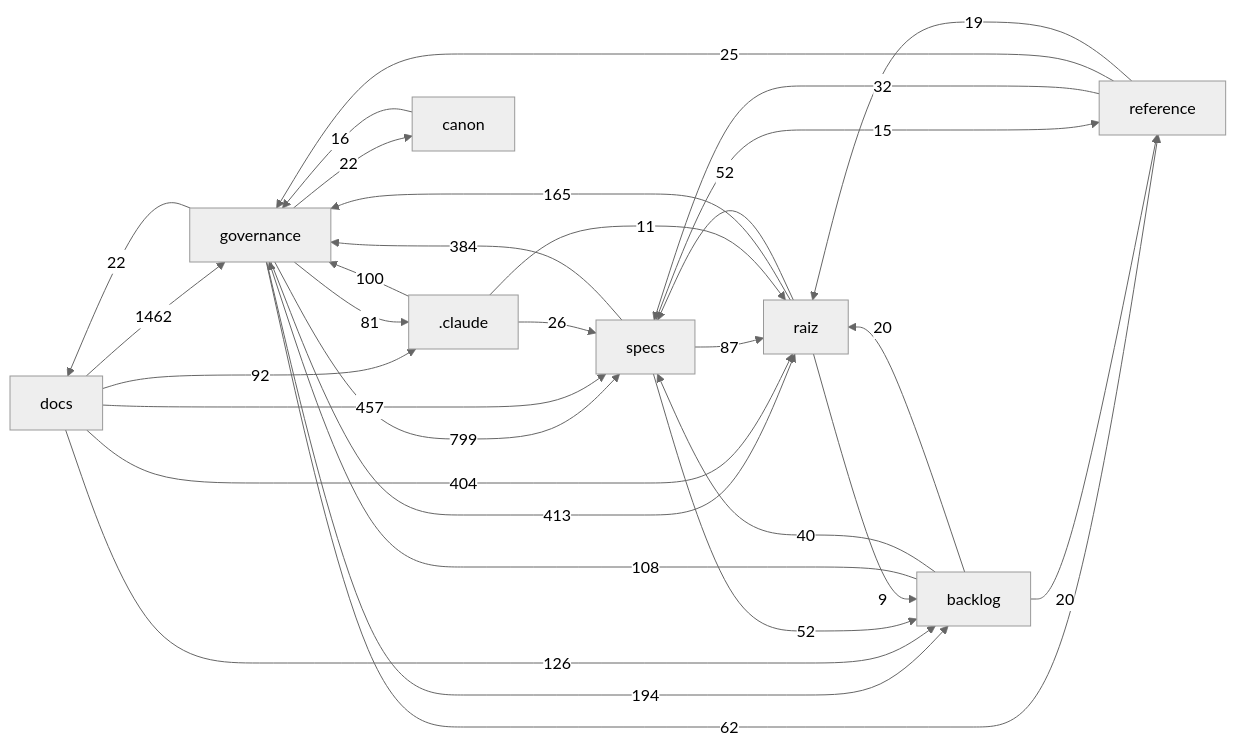
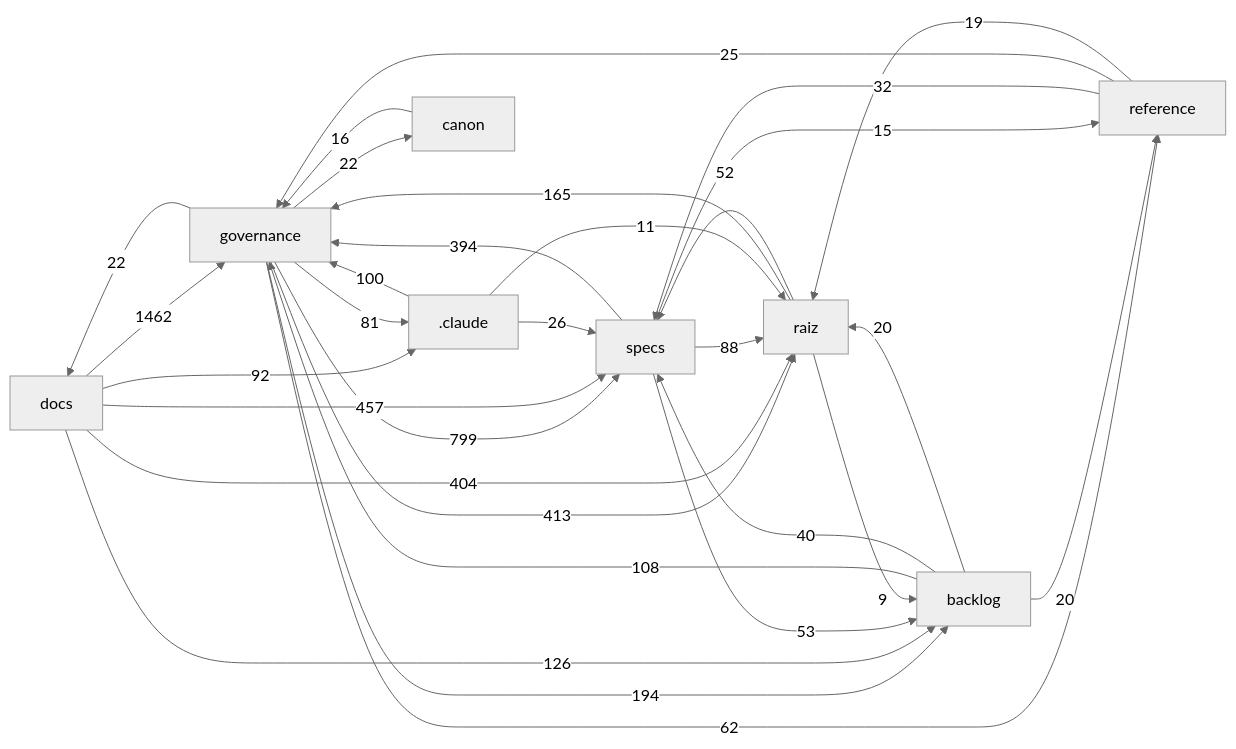
One commit to Andraus35/Sistema-Operacional-de-Trading--SOT changed the diagram in docs/mapa/MAPA-PROJETO.md. Above: the diagram before and after it, drawn with Mermaid (neutral theme). The commit also changed other lines of this file and 2 other files, not shown here.

````diff
--- a/docs/mapa/MAPA-PROJETO.md
+++ b/docs/mapa/MAPA-PROJETO.md
@@ -29,33 +29,33 @@
 ```mermaid
 flowchart LR
   docs["docs"] -->|1462| governance["governance"]
   governance["governance"] -->|799| specs["specs"]
   docs["docs"] -->|457| specs["specs"]
   governance["governance"] -->|413| raiz["raiz"]
   docs["docs"] -->|404| raiz["raiz"]
-  specs["specs"] -->|384| governance["governance"]
+  specs["specs"] -->|394| governance["governance"]
   governance["governance"] -->|194| backlog["backlog"]
   raiz["raiz"] -->|165| governance["governance"]
   docs["docs"] -->|126| backlog["backlog"]
   backlog["backlog"] -->|108| governance["governance"]
   _claude[".claude"] -->|100| governance["governance"]
   docs["docs"] -->|92| _claude[".claude"]
-  specs["specs"] -->|87| raiz["raiz"]
+  specs["specs"] -->|88| raiz["raiz"]
   governance["governance"] -->|81| _claude[".claude"]
   governance["governance"] -->|62| reference["reference"]
+  specs["specs"] -->|53| backlog["backlog"]
   raiz["raiz"] -->|52| specs["specs"]
-  specs["specs"] -->|52| backlog["backlog"]
   backlog["backlog"] -->|40| specs["specs"]
   reference["reference"] -->|32| specs["specs"]
   _claude[".claude"] -->|26| specs["specs"]
   reference["reference"] -->|25| governance["governance"]
   governance["governance"] -->|22| docs["docs"]
   governance["governance"] -->|22| canon["canon"]
   backlog["backlog"] -->|20| raiz["raiz"]
   backlog["backlog"] -->|20| reference["reference"]
   reference["reference"] -->|19| raiz["raiz"]
   canon["canon"] -->|16| governance["governance"]
   specs["specs"] -->|15| reference["reference"]
   _claude[".claude"] -->|11| raiz["raiz"]
   raiz["raiz"] -->|9| backlog["backlog"]
 ```
````
